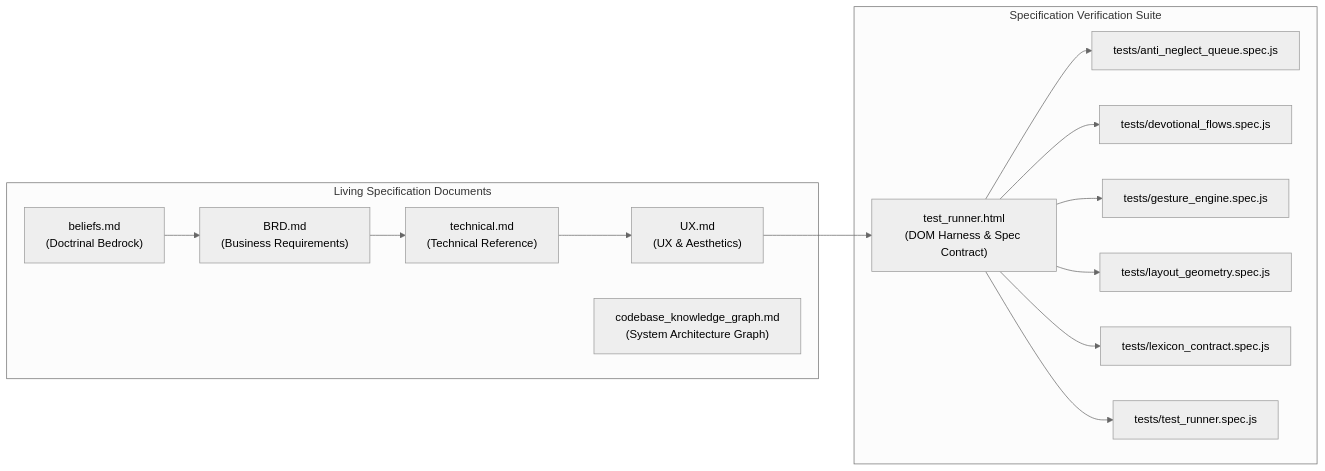
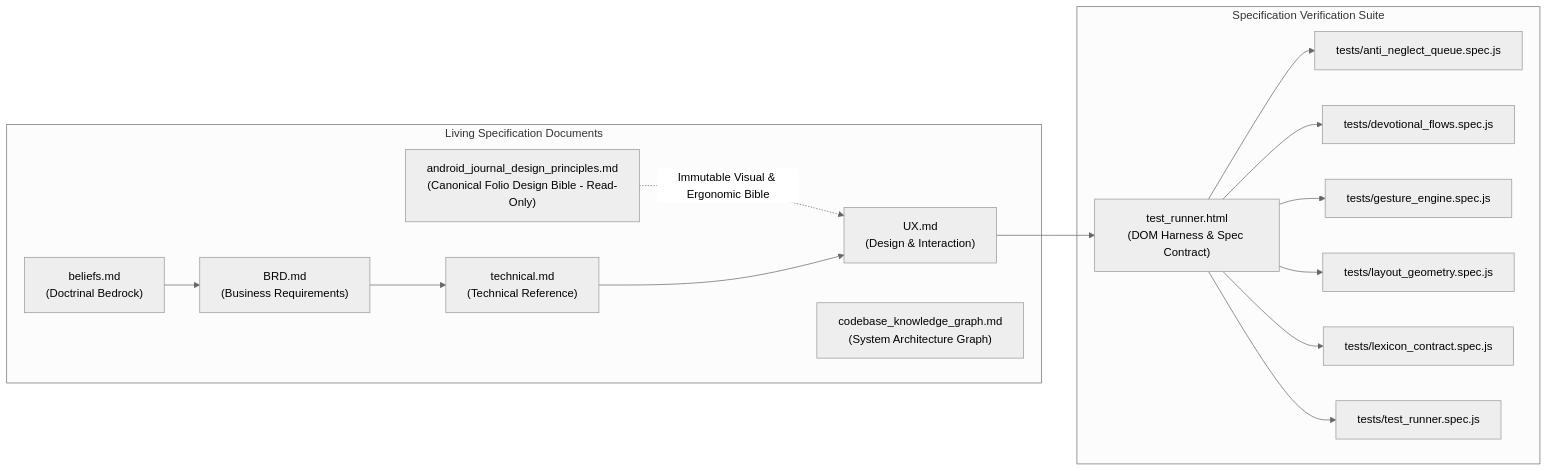
One commit to iamenianc/Prayer changed the third of 8 diagrams in planning/codebase_knowledge_graph.md. Above: the diagram before and after it, drawn with Mermaid (neutral theme). The commit also changed other lines of this file and 37 other files, not shown here.

````diff
--- a/planning/codebase_knowledge_graph.md
+++ b/planning/codebase_knowledge_graph.md
@@ -153,31 +164,33 @@
 ```mermaid
 graph LR
     subgraph Documents ["Living Specification Documents"]
         BELIEFS["beliefs.md<br/>(Doctrinal Bedrock)"]
         BRD["BRD.md<br/>(Business Requirements)"]
         TECH["technical.md<br/>(Technical Reference)"]
-        UX["UX.md<br/>(UX & Aesthetics)"]
+        UX["UX.md<br/>(Design & Interaction)"]
         GRAPH["codebase_knowledge_graph.md<br/>(System Architecture Graph)"]
+        JOURNAL_SPEC["android_journal_design_principles.md<br/>(Canonical Folio Design Bible - Read-Only)"]
     end
 
     subgraph Verification ["Specification Verification Suite"]
         RUNNER["test_runner.html<br/>(DOM Harness & Spec Contract)"]
         T_QUEUE["tests/anti_neglect_queue.spec.js"]
         T_FLOWS["tests/devotional_flows.spec.js"]
         T_GESTURE["tests/gesture_engine.spec.js"]
         T_LAYOUT["tests/layout_geometry.spec.js"]
         T_LEXICON["tests/lexicon_contract.spec.js"]
         T_HARNESS["tests/test_runner.spec.js"]
     end
 
+    JOURNAL_SPEC -.->|"Immutable Visual & Ergonomic Bible"| UX
     BELIEFS --> BRD
     BRD --> TECH
     TECH --> UX
     UX --> RUNNER
     RUNNER --> T_QUEUE
     RUNNER --> T_FLOWS
     RUNNER --> T_GESTURE
     RUNNER --> T_LAYOUT
     RUNNER --> T_LEXICON
     RUNNER --> T_HARNESS
 ```
````
